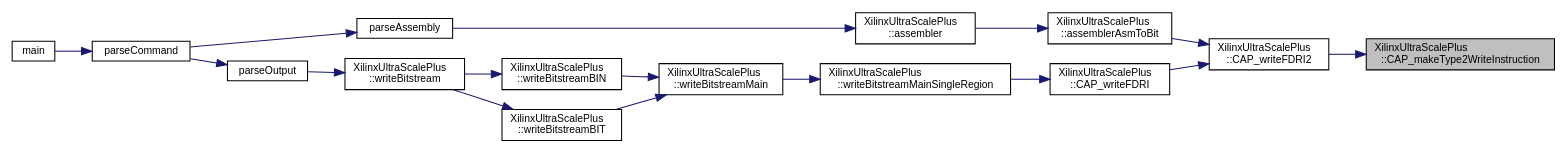
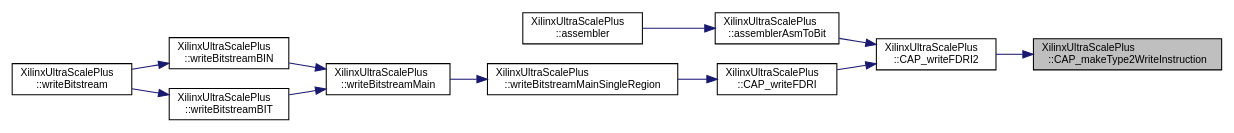
One commit to FPGA-Research-Manchester/byteman changed the diagram in classXilinxUltraScalePlus_a578b4cc28609c881a39fa2776985747a_icgraph.dot. Above: the diagram before and after it, drawn with Graphviz. The commit also changed 1540 other files, not shown here.

```diff
--- a/classXilinxUltraScalePlus_a578b4cc28609c881a39fa2776985747a_icgraph.dot
+++ b/classXilinxUltraScalePlus_a578b4cc28609c881a39fa2776985747a_icgraph.dot
@@ -1,37 +1,28 @@
 digraph "XilinxUltraScalePlus::CAP_makeType2WriteInstruction"
 {
  // INTERACTIVE_SVG=YES
  // LATEX_PDF_SIZE
   edge [fontname="Helvetica",fontsize="10",labelfontname="Helvetica",labelfontsize="10"];
   node [fontname="Helvetica",fontsize="10",shape=record];
   rankdir="RL";
   Node1 [label="XilinxUltraScalePlus\l::CAP_makeType2WriteInstruction",height=0.2,width=0.4,color="black", fillcolor="grey75", style="filled", fontcolor="black",tooltip=" "];
   Node1 -> Node2 [dir="back",color="midnightblue",fontsize="10",style="solid",fontname="Helvetica"];
   Node2 [label="XilinxUltraScalePlus\l::CAP_writeFDRI2",height=0.2,width=0.4,color="black", fillcolor="white", style="filled",URL="$classXilinxUltraScalePlus.html#a06074bb014909a1f88d737a6ccb24e9b",tooltip=" "];
   Node2 -> Node3 [dir="back",color="midnightblue",fontsize="10",style="solid",fontname="Helvetica"];
   Node3 [label="XilinxUltraScalePlus\l::assemblerAsmToBit",height=0.2,width=0.4,color="black", fillcolor="white", style="filled",URL="$classXilinxUltraScalePlus.html#a058802c627c4177c6fd88ca079551207",tooltip=" "];
   Node3 -> Node4 [dir="back",color="midnightblue",fontsize="10",style="solid",fontname="Helvetica"];
   Node4 [label="XilinxUltraScalePlus\l::assembler",height=0.2,width=0.4,color="black", fillcolor="white", style="filled",URL="$classXilinxUltraScalePlus.html#a53e5f6ec962f1f2a961f90b8b9e90e10",tooltip=" "];
-  Node4 -> Node5 [dir="back",color="midnightblue",fontsize="10",style="solid",fontname="Helvetica"];
-  Node5 [label="parseAssembly",height=0.2,width=0.4,color="black", fillcolor="white", style="filled",URL="$byteman_8cpp.html#abdebe35e6ba3749eaa14350ca0942419",tooltip=" "];
+  Node2 -> Node5 [dir="back",color="midnightblue",fontsize="10",style="solid",fontname="Helvetica"];
+  Node5 [label="XilinxUltraScalePlus\l::CAP_writeFDRI",height=0.2,width=0.4,color="black", fillcolor="white", style="filled",URL="$classXilinxUltraScalePlus.html#ab2c3ca3d68a14cd6cf50d1f8cca6b0ed",tooltip=" "];
   Node5 -> Node6 [dir="back",color="midnightblue",fontsize="10",style="solid",fontname="Helvetica"];
-  Node6 [label="parseCommand",height=0.2,width=0.4,color="black", fillcolor="white", style="filled",URL="$byteman_8cpp.html#a913ad3944130fafece24fe460db9b6aa",tooltip=" "];
+  Node6 [label="XilinxUltraScalePlus\l::writeBitstreamMainSingleRegion",height=0.2,width=0.4,color="black", fillcolor="white", style="filled",URL="$classXilinxUltraScalePlus.html#a838df6236b078c1a751e65feb9463e12",tooltip=" "];
   Node6 -> Node7 [dir="back",color="midnightblue",fontsize="10",style="solid",fontname="Helvetica"];
-  Node7 [label="main",height=0.2,width=0.4,color="black", fillcolor="white", style="filled",URL="$byteman_8cpp.html#a0ddf1224851353fc92bfbff6f499fa97",tooltip=" "];
-  Node2 -> Node8 [dir="back",color="midnightblue",fontsize="10",style="solid",fontname="Helvetica"];
-  Node8 [label="XilinxUltraScalePlus\l::CAP_writeFDRI",height=0.2,width=0.4,color="black", fillcolor="white", style="filled",URL="$classXilinxUltraScalePlus.html#ab2c3ca3d68a14cd6cf50d1f8cca6b0ed",tooltip=" "];
+  Node7 [label="XilinxUltraScalePlus\l::writeBitstreamMain",height=0.2,width=0.4,color="black", fillcolor="white", style="filled",URL="$classXilinxUltraScalePlus.html#afcd0f828eff528d0c178a5e473ee2181",tooltip=" "];
+  Node7 -> Node8 [dir="back",color="midnightblue",fontsize="10",style="solid",fontname="Helvetica"];
+  Node8 [label="XilinxUltraScalePlus\l::writeBitstreamBIN",height=0.2,width=0.4,color="black", fillcolor="white", style="filled",URL="$classXilinxUltraScalePlus.html#ab32b8ddf6ed62003568932d9167f7231",tooltip=" "];
   Node8 -> Node9 [dir="back",color="midnightblue",fontsize="10",style="solid",fontname="Helvetica"];
-  Node9 [label="XilinxUltraScalePlus\l::writeBitstreamMainSingleRegion",height=0.2,width=0.4,color="black", fillcolor="white", style="filled",URL="$classXilinxUltraScalePlus.html#a838df6236b078c1a751e65feb9463e12",tooltip=" "];
-  Node9 -> Node10 [dir="back",color="midnightblue",fontsize="10",style="solid",fontname="Helvetica"];
-  Node10 [label="XilinxUltraScalePlus\l::writeBitstreamMain",height=0.2,width=0.4,color="black", fillcolor="white", style="filled",URL="$classXilinxUltraScalePlus.html#afcd0f828eff528d0c178a5e473ee2181",tooltip=" "];
-  Node10 -> Node11 [dir="back",color="midnightblue",fontsize="10",style="solid",fontname="Helvetica"];
-  Node11 [label="XilinxUltraScalePlus\l::writeBitstreamBIN",height=0.2,width=0.4,color="black", fillcolor="white", style="filled",URL="$classXilinxUltraScalePlus.html#ab32b8ddf6ed62003568932d9167f7231",tooltip=" "];
-  Node11 -> Node12 [dir="back",color="midnightblue",fontsize="10",style="solid",fontname="Helvetica"];
-  Node12 [label="XilinxUltraScalePlus\l::writeBitstream",height=0.2,width=0.4,color="black", fillcolor="white", style="filled",URL="$classXilinxUltraScalePlus.html#a7f2a7c34766d004adc6f1cfe1bdd62e7",tooltip=" "];
-  Node12 -> Node13 [dir="back",color="midnightblue",fontsize="10",style="solid",fontname="Helvetica"];
-  Node13 [label="parseOutput",height=0.2,width=0.4,color="black", fillcolor="white", style="filled",URL="$byteman_8cpp.html#a6864a632485326d2049256aeb01cc4cf",tooltip=" "];
-  Node13 -> Node6 [dir="back",color="midnightblue",fontsize="10",style="solid",fontname="Helvetica"];
-  Node10 -> Node14 [dir="back",color="midnightblue",fontsize="10",style="solid",fontname="Helvetica"];
-  Node14 [label="XilinxUltraScalePlus\l::writeBitstreamBIT",height=0.2,width=0.4,color="black", fillcolor="white", style="filled",URL="$classXilinxUltraScalePlus.html#aafc764306446548f9127f3e30759af49",tooltip=" "];
-  Node14 -> Node12 [dir="back",color="midnightblue",fontsize="10",style="solid",fontname="Helvetica"];
+  Node9 [label="XilinxUltraScalePlus\l::writeBitstream",height=0.2,width=0.4,color="black", fillcolor="white", style="filled",URL="$classXilinxUltraScalePlus.html#a7f2a7c34766d004adc6f1cfe1bdd62e7",tooltip=" "];
+  Node7 -> Node10 [dir="back",color="midnightblue",fontsize="10",style="solid",fontname="Helvetica"];
+  Node10 [label="XilinxUltraScalePlus\l::writeBitstreamBIT",height=0.2,width=0.4,color="black", fillcolor="white", style="filled",URL="$classXilinxUltraScalePlus.html#aafc764306446548f9127f3e30759af49",tooltip=" "];
+  Node10 -> Node9 [dir="back",color="midnightblue",fontsize="10",style="solid",fontname="Helvetica"];
 }
```
